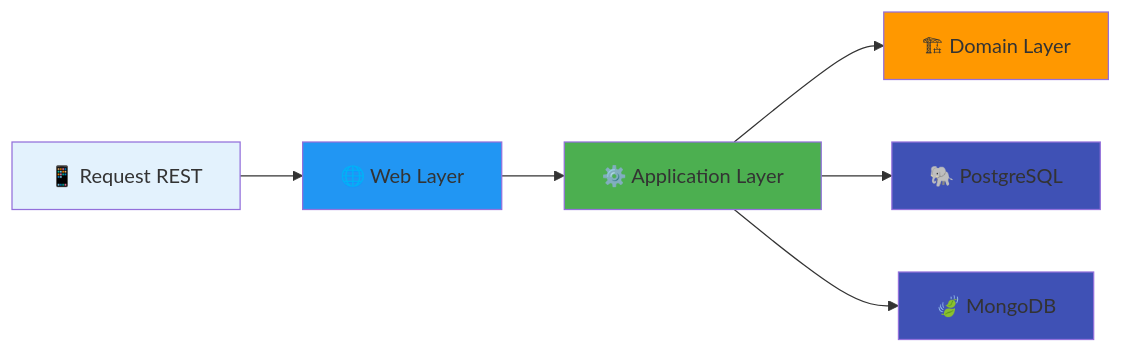
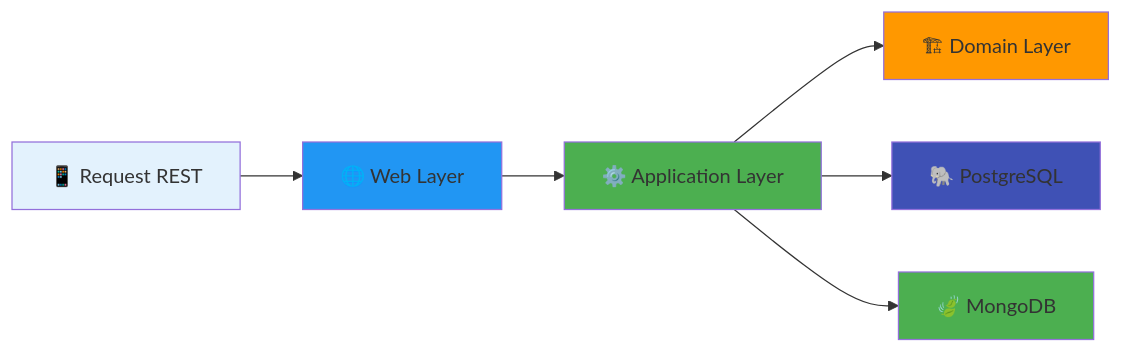
The eighth of 9 diagrams in README.md (Programvr/marketplace), drawn with Mermaid before and after one commit.

````diff
--- a/README.md
+++ b/README.md
@@ -897,15 +897,15 @@
 ```mermaid
 flowchart LR
     A[📱 Request REST] --> B[🌐 Web Layer]
     B --> C[⚙️ Application Layer]
     C --> D[🏗 Domain Layer]
     C --> E[🐘 PostgreSQL]
     C --> F[🍃 MongoDB]
     
     style A fill:#e3f2fd
     style B fill:#2196f3
     style C fill:#4caf50
     style D fill:#ff9800
     style E fill:#3f51b5
-    style F fill:#3f51b5
+    style F fill:#4caf50
 ```
````
